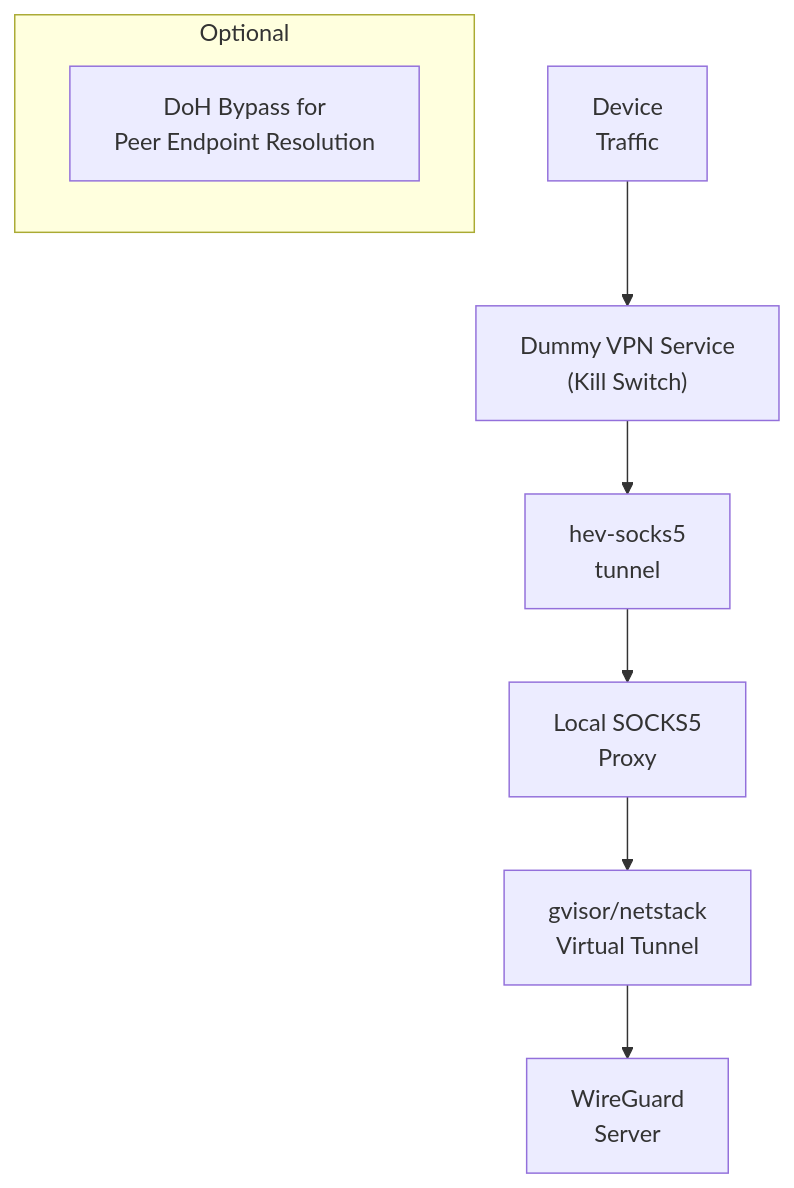
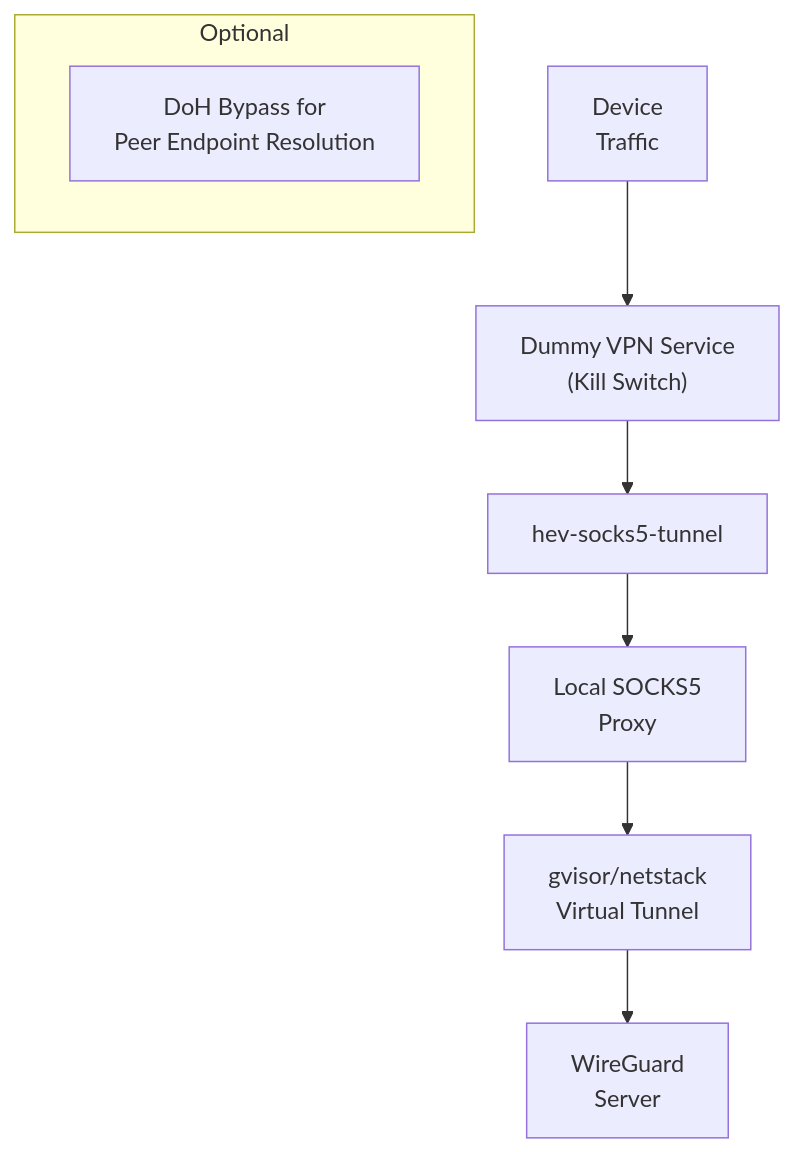
The second of 2 diagrams in docs/settings/settings.mdx (wgtunnel/website), drawn with Mermaid before and after one commit. The commit also changed other lines of this file, not shown here.

````diff
--- a/docs/settings/settings.mdx
+++ b/docs/settings/settings.mdx
@@ -45,12 +52,12 @@
 ```mermaid
 flowchart TB
     A["Device<br>Traffic"] --> B["Dummy VPN Service<br>(Kill Switch)"]
-    B --> C["hev-socks5<br>tunnel"]
+    B --> C["hev-socks5-tunnel"]
     C --> D["Local SOCKS5<br>Proxy"]
     D --> E["gvisor/netstack<br> Virtual Tunnel"]
     E --> F["WireGuard<br>Server"]
     
     subgraph Optional
         G["DoH Bypass for<br>Peer Endpoint Resolution"]
     end
 ```
````
